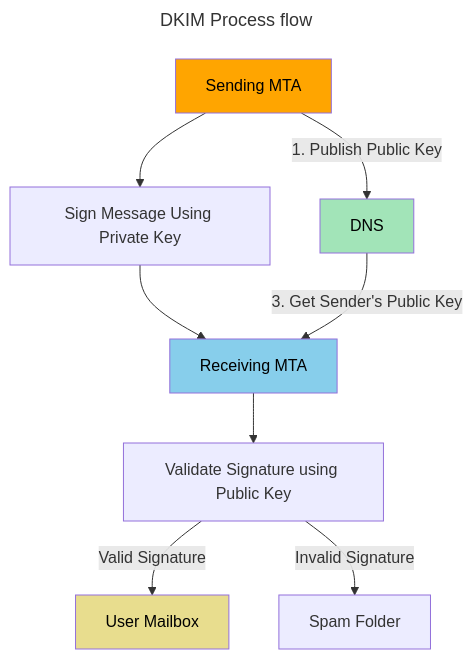
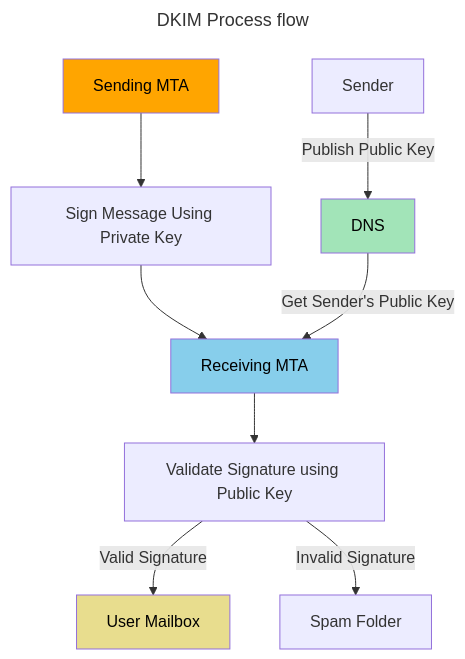
Before and after one commit to KumoCorp/kumomta: the diagram in docs/userguide/configuration/dkim.md, drawn with Mermaid. The commit also changed 1 other file, not shown here.

Commit message:
Bring the configuration page of the tutorial in line with the latest example config.

````diff
--- a/docs/userguide/configuration/dkim.md
+++ b/docs/userguide/configuration/dkim.md
@@ -20,26 +20,27 @@
 ```mermaid
 ---
 title: DKIM Process flow
 ---
 graph TD
+    SENDER["Sender"]
     SMTA["Sending MTA"]
     SIGN["Sign Message Using Private Key"]
     VALIDATE["Validate Signature using Public Key"]
     RMTA["Receiving MTA"]
     MBOX["User Mailbox"]
     SPAM["Spam Folder"]
     DNS
     SMTA --> SIGN
     SIGN --> RMTA
     RMTA --> VALIDATE
-    SMTA -- 1. Publish Public Key --> DNS
-    DNS -- 3. Get Sender's Public Key --> RMTA
+    SENDER -- Publish Public Key --> DNS
+    DNS -- Get Sender's Public Key --> RMTA
     VALIDATE -- Valid Signature --> MBOX
     VALIDATE -- Invalid Signature --> SPAM
 
    style SMTA fill:orange,color:black
    style RMTA fill:skyblue,color:black
    style DNS fill:#A2E4B8,color:black
    style MBOX fill:#E8DD8E,color:black
 
 ```
````
